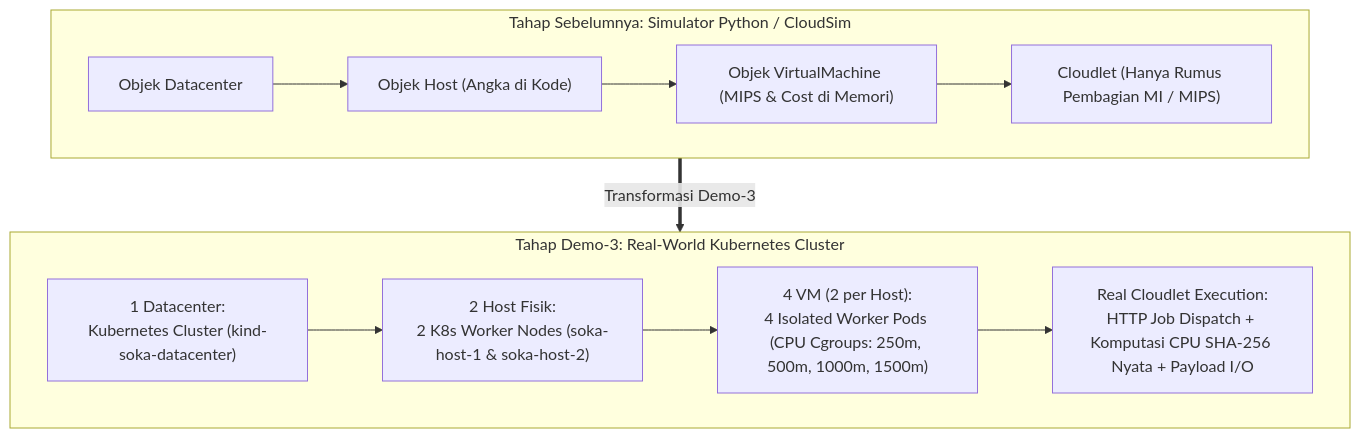
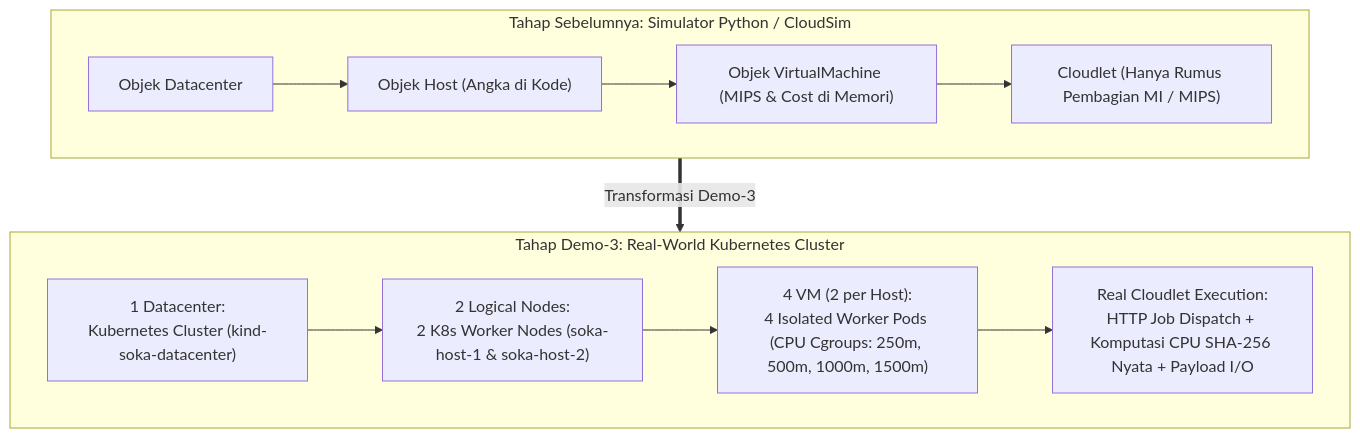
Before and after one commit to Satya-Raditya-051/SOKA-RealWorld-Sufferage-K8s: the diagram in BRIEFING_TIM_KELOMPOK4_DEMO3.md, drawn with Mermaid. The commit also changed other lines of this file and 27 other files, not shown here.

````diff
--- a/BRIEFING_TIM_KELOMPOK4_DEMO3.md
+++ b/BRIEFING_TIM_KELOMPOK4_DEMO3.md
@@ -43,16 +48,16 @@
 ```mermaid
 flowchart TD
     subgraph Simulasi ["Tahap Sebelumnya: Simulator Python / CloudSim"]
         S_DC["Objek Datacenter"] --> S_Host["Objek Host (Angka di Kode)"]
         S_Host --> S_VM["Objek VirtualMachine (MIPS & Cost di Memori)"]
         S_VM --> S_Task["Cloudlet (Hanya Rumus Pembagian MI / MIPS)"]
     end
 
     subgraph RealWorld ["Tahap Demo-3: Real-World Kubernetes Cluster"]
-        R_DC["1 Datacenter:\nKubernetes Cluster (kind-soka-datacenter)"] --> R_Host["2 Host Fisik:\n2 K8s Worker Nodes (soka-host-1 & soka-host-2)"]
+        R_DC["1 Datacenter:\nKubernetes Cluster (kind-soka-datacenter)"] --> R_Host["2 Logical Nodes:\n2 K8s Worker Nodes (soka-host-1 & soka-host-2)"]
         R_Host --> R_VM["4 VM (2 per Host):\n4 Isolated Worker Pods (CPU Cgroups: 250m, 500m, 1000m, 1500m)"]
         R_VM --> R_Task["Real Cloudlet Execution:\nHTTP Job Dispatch + Komputasi CPU SHA-256 Nyata + Payload I/O"]
     end
 
     Simulasi ==>|"Transformasi Demo-3"| RealWorld
 ```
````
